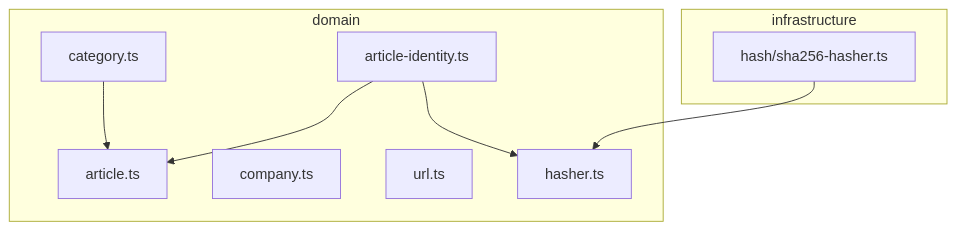
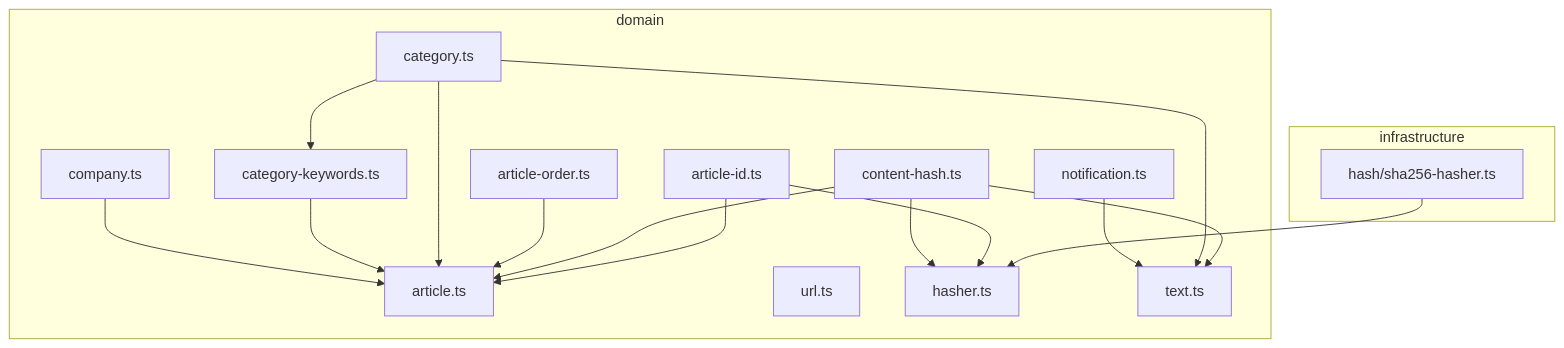
One commit to sss-kato/curtaincall changed the second of 2 diagrams in docs/design/D-01.md. Above: the diagram before and after it, drawn with Mermaid. The commit also changed other lines of this file and 3 other files, not shown here.

````diff
--- a/docs/design/D-01.md
+++ b/docs/design/D-01.md
@@ -97,18 +102,32 @@
 ```mermaid
 flowchart TB
   subgraph infrastructure
     H["hash/sha256-hasher.ts"]
   end
   subgraph domain
     ART["article.ts"]
     CMP["company.ts"]
     CAT["category.ts"]
+    KW["category-keywords.ts"]
     URL["url.ts"]
     HS["hasher.ts"]
-    ID["article-identity.ts"]
+    TXT["text.ts"]
+    AID["article-id.ts"]
+    CH["content-hash.ts"]
+    ORD["article-order.ts"]
+    NTF["notification.ts"]
   end
   H --> HS
-  ID --> HS
-  ID --> ART
+  AID --> HS
+  AID --> ART
+  CH --> HS
+  CH --> ART
+  CH --> TXT
+  ORD --> ART
   CAT --> ART
+  CAT --> KW
+  CAT --> TXT
+  KW --> ART
+  CMP --> ART
+  NTF --> TXT
 ```
````
